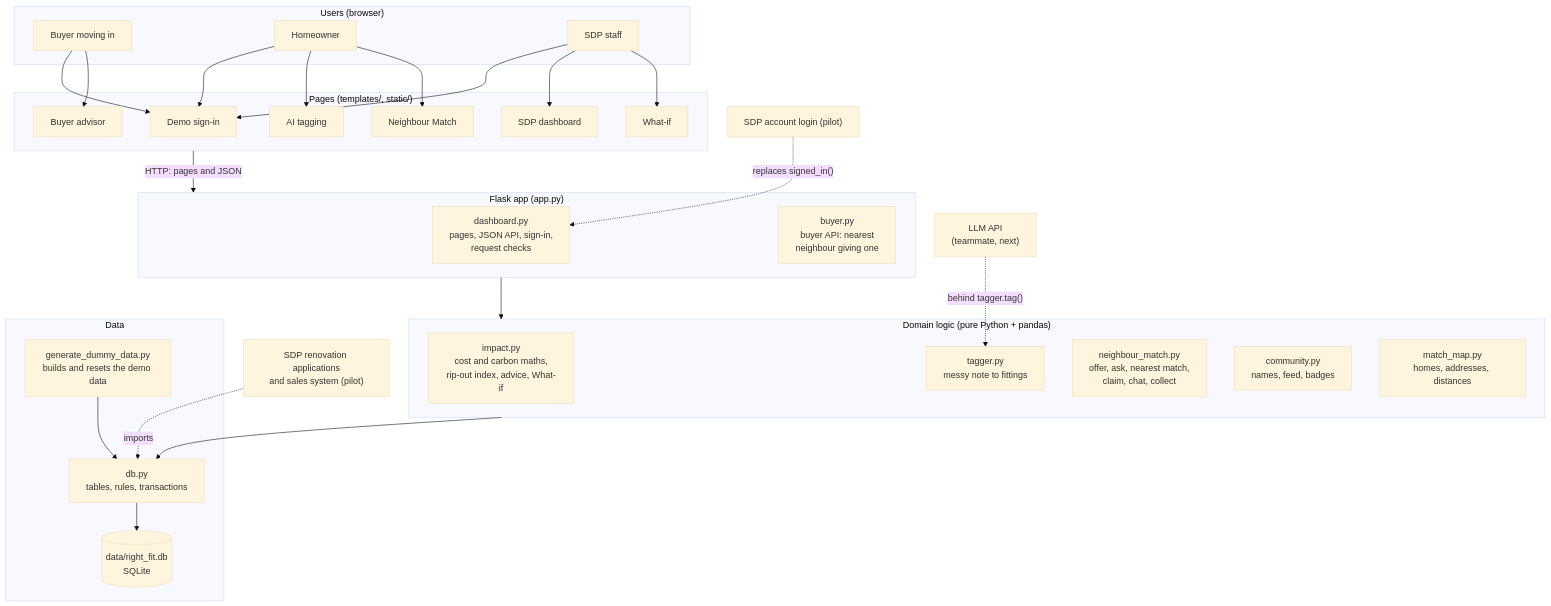
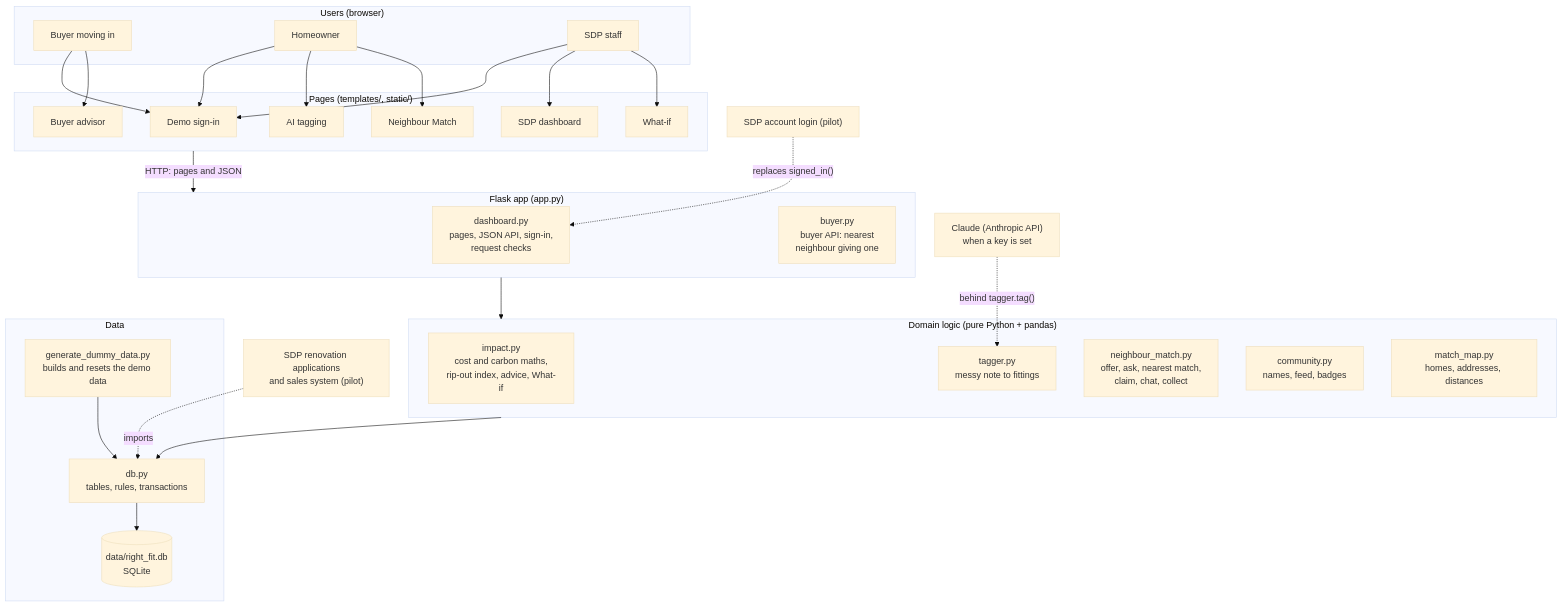
Before and after one commit to Jayden-Jarred/Sime-Darby-Hackathon: the first of 5 diagrams in docs/ARCHITECTURE.md, drawn with Mermaid (base theme). The commit also changed other lines of this file, not shown here.

First line of the commit message:
System architecture: layers, data flow, database design, pilot plan

````diff
--- a/docs/ARCHITECTURE.md
+++ b/docs/ARCHITECTURE.md
@@ -14,55 +14,55 @@
 ```mermaid
 flowchart TB
     subgraph users["Users (browser)"]
         buyer["Buyer moving in"]
         owner["Homeowner"]
         sdp["SDP staff"]
     end
 
     subgraph pages["Pages (templates/, static/)"]
         signin["Demo sign-in"]
         advisor["Buyer advisor"]
         tagging["AI tagging"]
         match["Neighbour Match"]
         dash["SDP dashboard"]
         whatif["What-if"]
     end
 
     subgraph flask["Flask app (app.py)"]
         dbp["dashboard.py<br/>pages, JSON API, sign-in,<br/>request checks"]
         bbp["buyer.py<br/>buyer API: nearest<br/>neighbour giving one"]
     end
 
     subgraph domain["Domain logic (pure Python + pandas)"]
         impact["impact.py<br/>cost and carbon maths,<br/>rip-out index, advice, What-if"]
         tagger["tagger.py<br/>messy note to fittings"]
         nm["neighbour_match.py<br/>offer, ask, nearest match,<br/>claim, chat, collect"]
         community["community.py<br/>names, feed, badges"]
         mapm["match_map.py<br/>homes, addresses, distances"]
     end
 
     subgraph data["Data"]
         dbpy["db.py<br/>tables, rules, transactions"]
         sqlite[("data/right_fit.db<br/>SQLite")]
         gen["generate_dummy_data.py<br/>builds and resets the demo data"]
     end
 
     buyer --> signin
     owner --> signin
     sdp --> signin
     buyer --> advisor
     owner --> tagging
     owner --> match
     sdp --> dash
     sdp --> whatif
 
     pages -- "HTTP: pages and JSON" --> flask
     flask --> domain
     domain --> dbpy
     dbpy --> sqlite
     gen --> dbpy
 
-    llm["LLM API<br/>(teammate, next)"] -. "behind tagger.tag()" .-> tagger
+    llm["Claude (Anthropic API)<br/>when a key is set"] -. "behind tagger.tag()" .-> tagger
     sdpsys["SDP renovation applications<br/>and sales system (pilot)"] -. "imports" .-> dbpy
     login["SDP account login (pilot)"] -. "replaces signed_in()" .-> dbp
 ```
````
